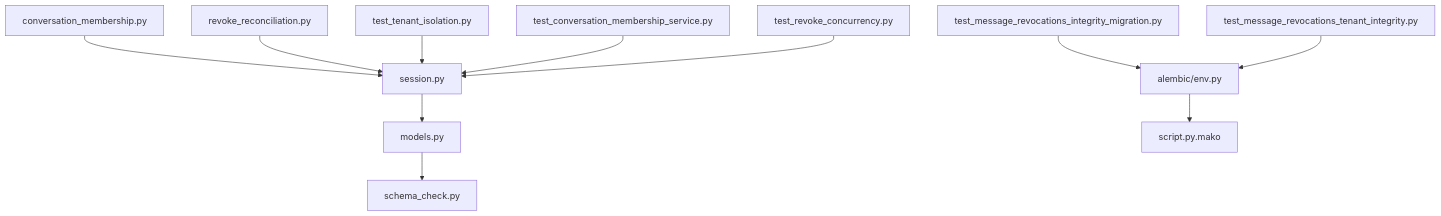
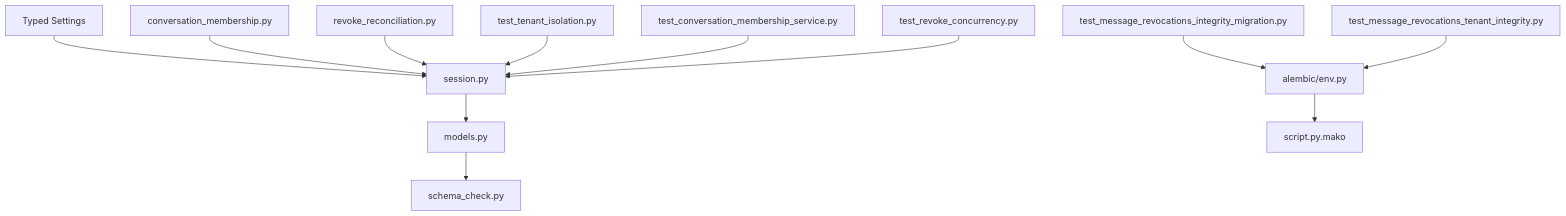
One commit to zuohaisu/wecom-archive changed the third of 3 diagrams in .qoder/repowiki/en/content/Testing & Quality Assurance/Integration Testing/Database Integration Testing.md. Above: the diagram before and after it, drawn with Mermaid. The commit also changed other lines of this file and 97 other files, not shown here.

````diff
--- a/.qoder/repowiki/en/content/Testing & Quality Assurance/Integration Testing/Database Integration Testing.md
+++ b/.qoder/repowiki/en/content/Testing & Quality Assurance/Integration Testing/Database Integration Testing.md
@@ -259,13 +276,14 @@
 ```mermaid
 graph TB
-Session["session.py"] --> Models["models.py"]
+TypedSettings["Typed Settings"] --> Session["session.py"]
+Session --> Models["models.py"]
 Models --> SchemaCheck["schema_check.py"]
 Membership["conversation_membership.py"] --> Session
 Reconcile["revoke_reconciliation.py"] --> Session
 Env["alembic/env.py"] --> Script["script.py.mako"]
 TenantIso["test_tenant_isolation.py"] --> Session
 ConvMem["test_conversation_membership_service.py"] --> Session
 RevInteg["test_message_revocations_integrity_migration.py"] --> Env
 RevTenant["test_message_revocations_tenant_integrity.py"] --> Env
 RevConc["test_revoke_concurrency.py"] --> Session
 ```
````
